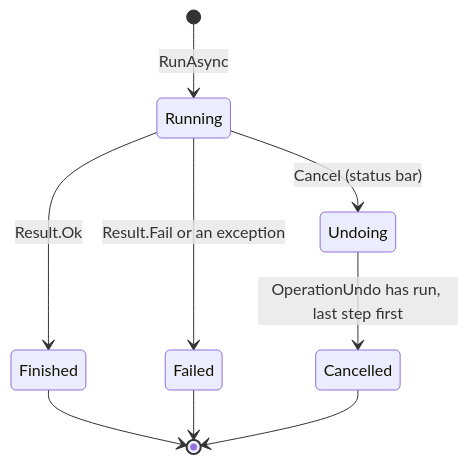
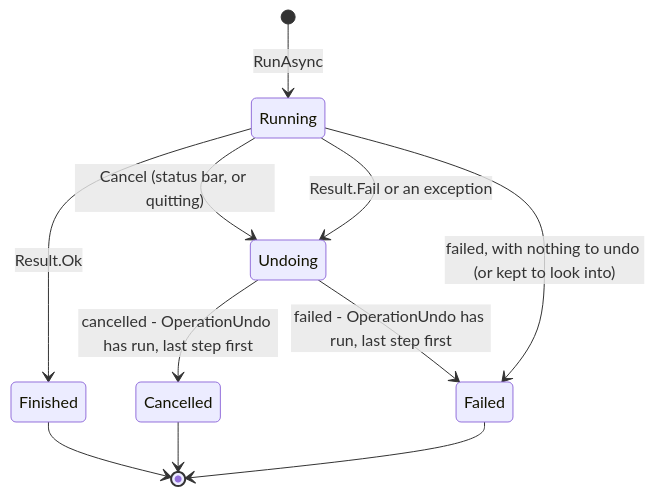
One commit to Albadit/DnnManager.NET changed the third of 4 diagrams in .docs/architecture.md. Above: the diagram before and after it, drawn with Mermaid. The commit also changed other lines of this file and 190 other files, not shown here.

Commit message:
release: v1.8.1 - each project keeps its own database and site, failed operations leave nothing half made, safer with administrator rights, screen readers and keyboard, lighter while it runs

````diff
--- a/.docs/architecture.md
+++ b/.docs/architecture.md
@@ -87,11 +101,13 @@
 ```mermaid
 stateDiagram-v2
     [*] --> Running : RunAsync
     Running --> Finished : Result.Ok
-    Running --> Failed : Result.Fail or an exception
-    Running --> Undoing : Cancel (status bar)
-    Undoing --> Cancelled : OperationUndo has run, last step first
+    Running --> Undoing : Cancel (status bar, or quitting)
+    Running --> Undoing : Result.Fail or an exception
+    Undoing --> Cancelled : cancelled - OperationUndo has run, last step first
+    Undoing --> Failed : failed - OperationUndo has run, last step first
+    Running --> Failed : failed, with nothing to undo (or kept to look into)
     Finished --> [*]
     Failed --> [*]
     Cancelled --> [*]
 ```
````
